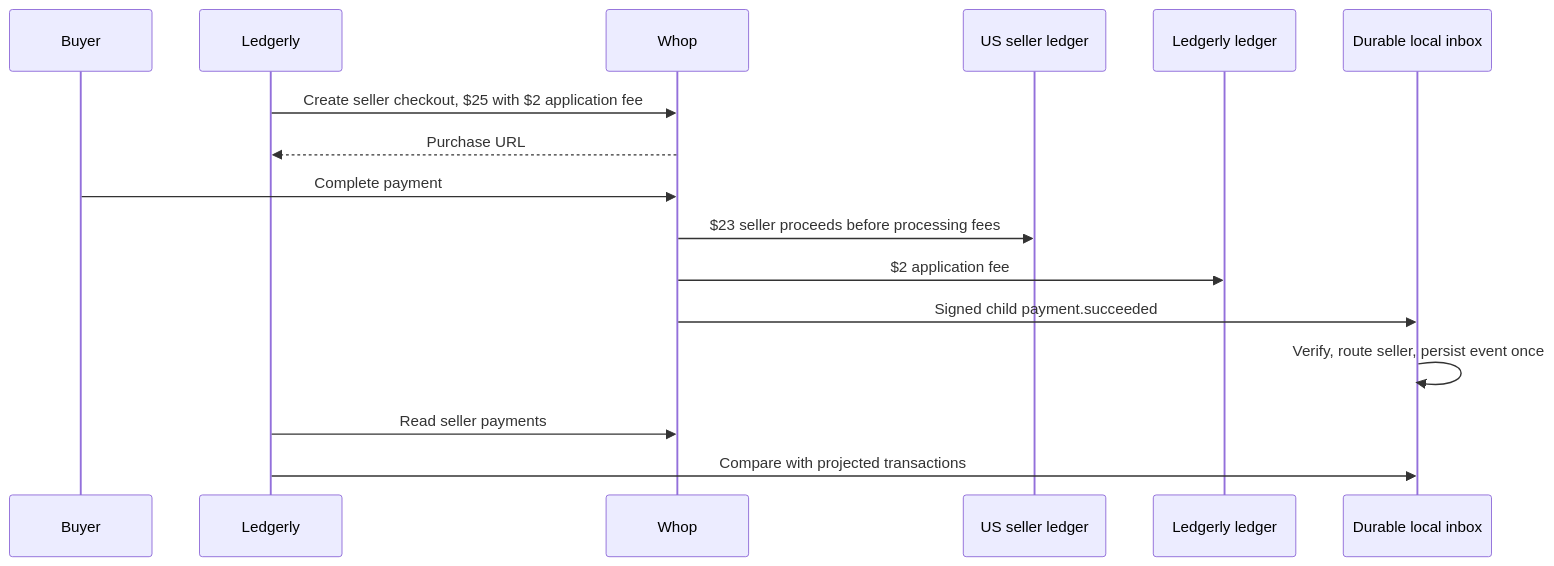
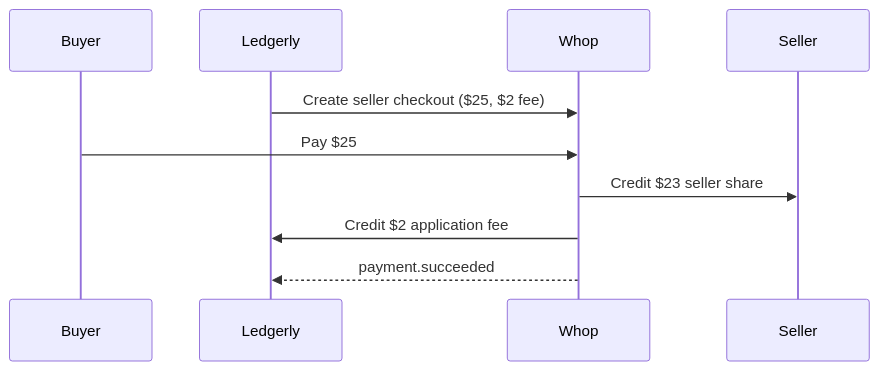
Before and after one commit to maximilianjz/Max-Ledgerly: the first of 2 diagrams in README.md, drawn with Mermaid. The commit also changed other lines of this file and 45 other files, not shown here.

````diff
--- a/README.md
+++ b/README.md
@@ -223,18 +49,13 @@
 ```mermaid
 sequenceDiagram
     participant Buyer
     participant Ledgerly
     participant Whop
-    participant Seller as US seller ledger
-    participant Platform as Ledgerly ledger
-    participant Inbox as Durable local inbox
-    Ledgerly->>Whop: Create seller checkout, $25 with $2 application fee
-    Whop-->>Ledgerly: Purchase URL
-    Buyer->>Whop: Complete payment
-    Whop->>Seller: $23 seller proceeds before processing fees
-    Whop->>Platform: $2 application fee
-    Whop->>Inbox: Signed child payment.succeeded
-    Inbox->>Inbox: Verify, route seller, persist event once
-    Ledgerly->>Whop: Read seller payments
-    Ledgerly->>Inbox: Compare with projected transactions
+    participant Seller
+
+    Ledgerly->>Whop: Create seller checkout ($25, $2 fee)
+    Buyer->>Whop: Pay $25
+    Whop->>Seller: Credit $23 seller share
+    Whop->>Ledgerly: Credit $2 application fee
+    Whop-->>Ledgerly: payment.succeeded
 ```
````
